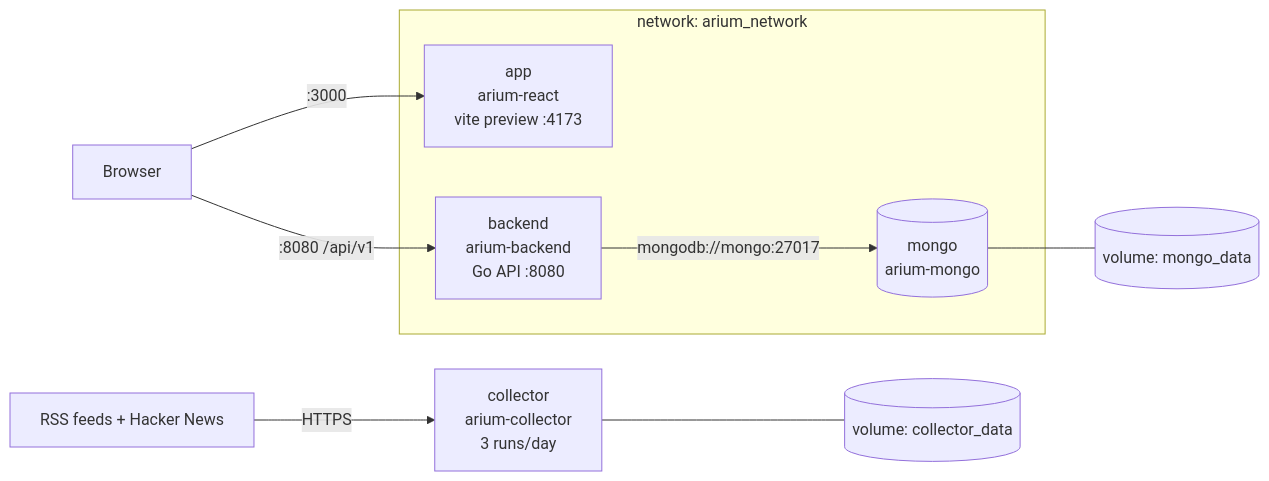
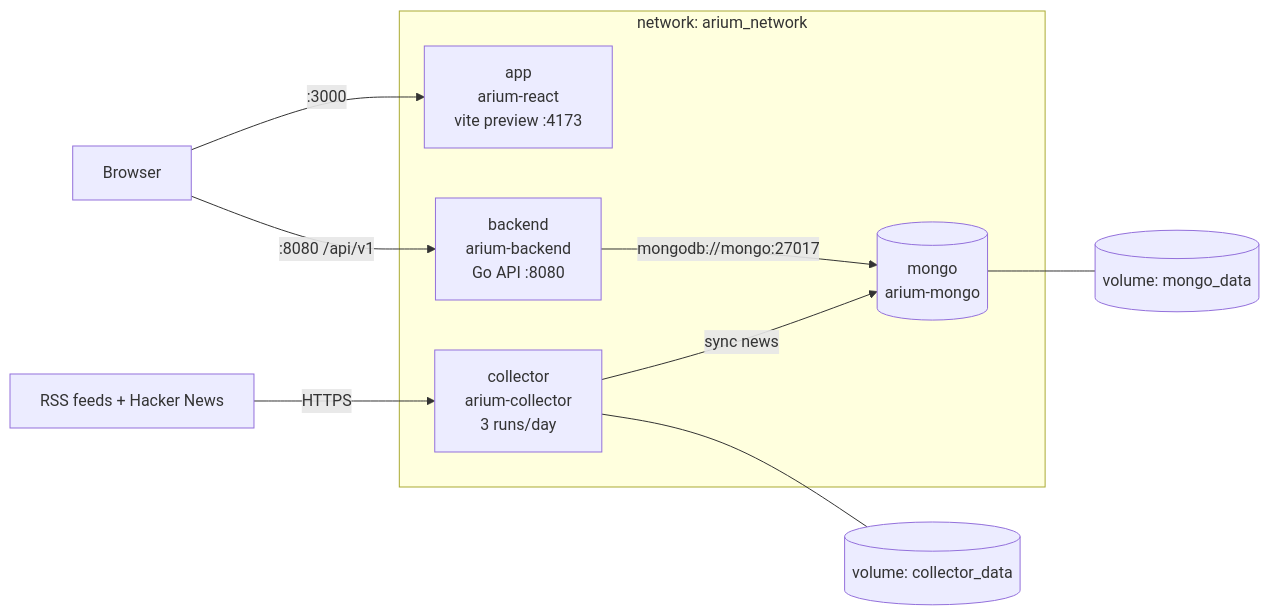
One commit to fmolinar/arium changed the diagram in devops/docker/README.md. Above: the diagram before and after it, drawn with Mermaid. The commit also changed other lines of this file and 19 other files, not shown here.

First line of the commit message:
Serve collected news from MongoDB via GET /api/v1/news

````diff
--- a/devops/docker/README.md
+++ b/devops/docker/README.md
@@ -8,16 +8,18 @@
 ```mermaid
 flowchart LR
     user["Browser"] -- ":3000" --> app["app<br/>arium-react<br/>vite preview :4173"]
     user -- ":8080 /api/v1" --> backend["backend<br/>arium-backend<br/>Go API :8080"]
     backend -- "mongodb://mongo:27017" --> mongo[("mongo<br/>arium-mongo")]
     mongo --- mongoVol[("volume: mongo_data")]
 
     internet["RSS feeds + Hacker News"] -- "HTTPS" --> collector["collector<br/>arium-collector<br/>3 runs/day"]
     collector --- colVol[("volume: collector_data")]
+    collector -- "sync news" --> mongo
 
     subgraph net ["network: arium_network"]
         app
         backend
         mongo
+        collector
     end
 ```
````
